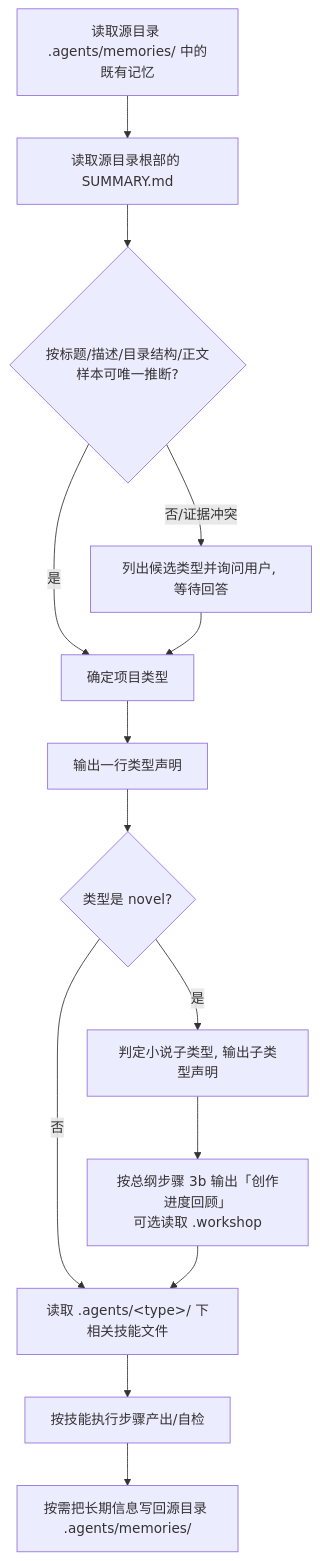
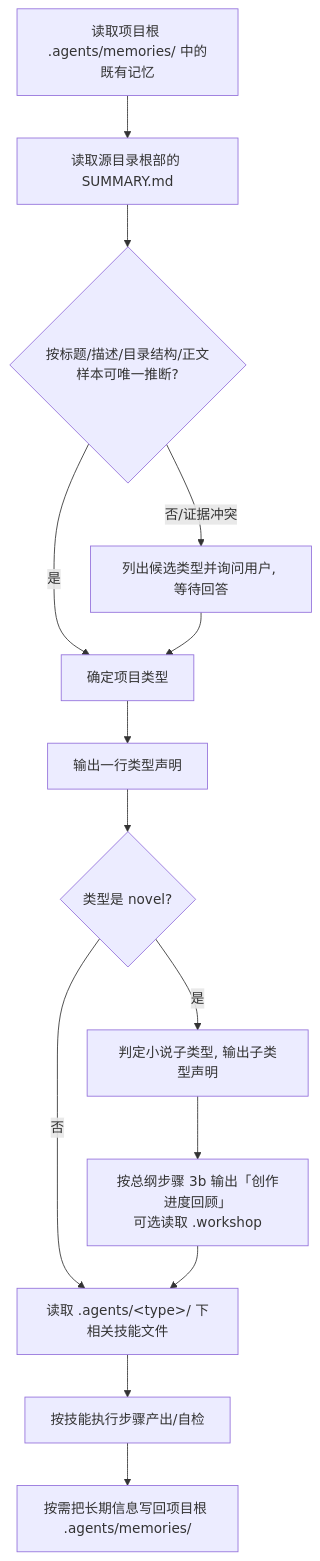
One commit to the-writer/camus changed the diagram in docs/prd/11-ai-skills.md. Above: the diagram before and after it, drawn with Mermaid. The commit also changed other lines of this file and 16 other files, not shown here.

````diff
--- a/docs/prd/11-ai-skills.md
+++ b/docs/prd/11-ai-skills.md
@@ -59,16 +59,16 @@
 ```mermaid
 flowchart TD
-    A[读取源目录 .agents/memories/ 中的既有记忆] --> B[读取源目录根部的 SUMMARY.md]
+    A[读取项目根 .agents/memories/ 中的既有记忆] --> B[读取源目录根部的 SUMMARY.md]
     B --> C{按标题/描述/目录结构/正文样本可唯一推断?}
     C -->|是| D[确定项目类型]
     C -->|否/证据冲突| E[列出候选类型并询问用户, 等待回答]
     E --> D
     D --> F[输出一行类型声明]
     F --> G{类型是 novel?}
     G -->|否| I[读取 .agents/&lt;type&gt;/ 下相关技能文件]
     G -->|是| H[判定小说子类型, 输出子类型声明]
     H --> H2[按总纲步骤 3b 输出「创作进度回顾」<br/>可选读取 .workshop]
     H2 --> I
     I --> J[按技能执行步骤产出/自检]
-    J --> K[按需把长期信息写回源目录 .agents/memories/]
+    J --> K[按需把长期信息写回项目根 .agents/memories/]
 ```
````
